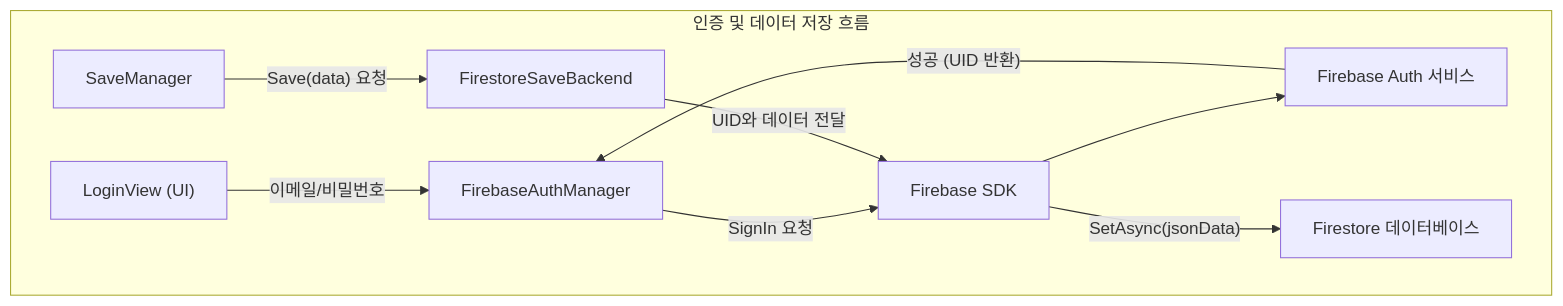
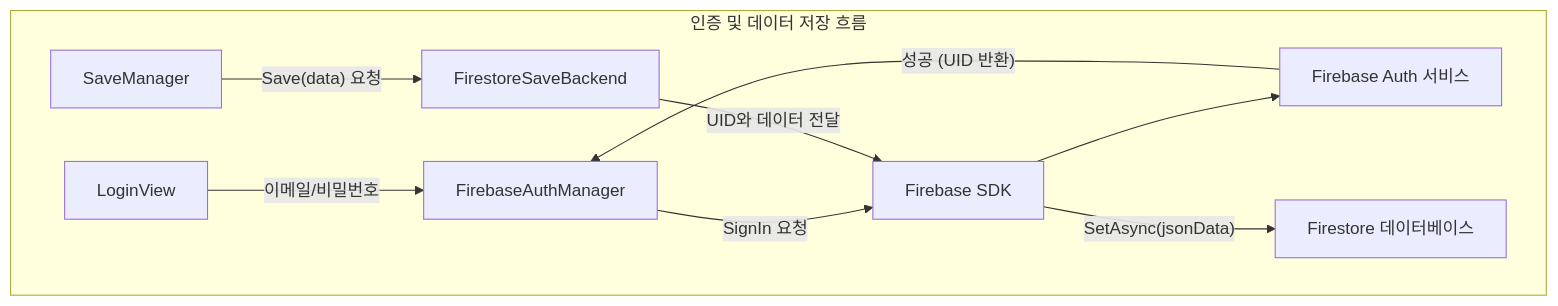
Before and after one commit to ProgramingLanguageStudy/Project-Starfall: the second of 16 diagrams in README.md, drawn with Mermaid. The commit also changed other lines of this file, not shown here.

````diff
--- a/README.md
+++ b/README.md
@@ -123,21 +117,13 @@
 ```mermaid
 flowchart TB
-    subgraph "인증 및 데이터 저장 흐름"
-        UI["LoginView (UI)"]
-        AuthManager["FirebaseAuthManager"]
-        FirebaseSDK["Firebase SDK"]
-        FirebaseAuth["Firebase Auth 서비스"]
-        SaveManager["SaveManager"]
-        FirestoreBackend["FirestoreSaveBackend"]
-        FirestoreDB["Firestore 데이터베이스"]
+    subgraph 인증 및 데이터 저장 흐름
+        UI[LoginView] -- 이메일/비밀번호 --> AuthManager[FirebaseAuthManager]
+        AuthManager -- SignIn 요청 --> FirebaseSDK[Firebase SDK]
+        FirebaseSDK --> FirebaseAuth[Firebase Auth 서비스]
+        FirebaseAuth -- 성공 (UID 반환) --> AuthManager
+
+        SaveManager[SaveManager] -- Save(data) 요청 --> FirestoreBackend[FirestoreSaveBackend]
+        FirestoreBackend -- UID와 데이터 전달 --> FirebaseSDK
+        FirebaseSDK -- SetAsync(jsonData) --> FirestoreDB[Firestore 데이터베이스]
     end
-
-    UI -- "이메일/비밀번호" --> AuthManager
-    AuthManager -- "SignIn 요청" --> FirebaseSDK
-    FirebaseSDK --> FirebaseAuth
-    FirebaseAuth -- "성공 (UID 반환)" --> AuthManager
-
-    SaveManager -- "Save(data) 요청" --> FirestoreBackend
-    FirestoreBackend -- "UID와 데이터 전달" --> FirebaseSDK
-    FirebaseSDK -- "SetAsync(jsonData)" --> FirestoreDB
 ```
````
